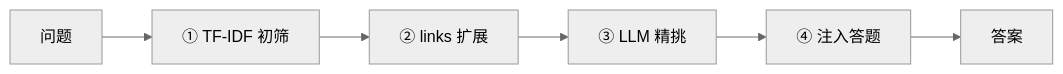
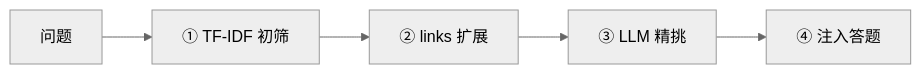
The third of 8 diagrams in README.md (Baixiaodou/comm-knowledge-graph), drawn with Mermaid (neutral theme) before and after one commit. The commit also changed other lines of this file and 1 other file, not shown here.

````diff
--- a/README.md
+++ b/README.md
@@ -380,8 +245,7 @@
 ```mermaid
 flowchart LR
     Q["问题"] --> A["① TF-IDF 初筛"]
     A --> B["② links 扩展"]
     B --> C["③ LLM 精挑"]
     C --> D["④ 注入答题"]
-    D --> E["答案"]
 ```
````
